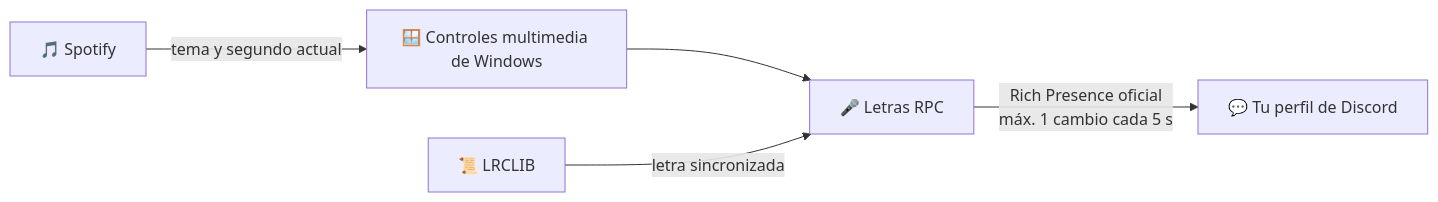
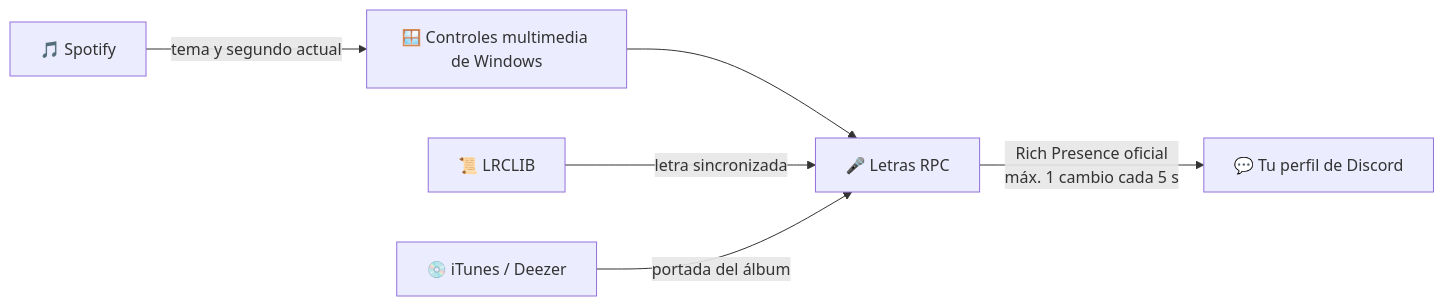
Before and after one commit to tomasamrein/letras-rpc: the diagram in README.md, drawn with Mermaid. The commit also changed other lines of this file and 2 other files, not shown here.

First line of the commit message:
Mostrar portada del álbum y barra de progreso en Discord

````diff
--- a/README.md
+++ b/README.md
@@ -87,7 +89,8 @@
 ```mermaid
 flowchart LR
     A[🎵 Spotify] -->|tema y segundo actual| B[🪟 Controles multimedia de Windows]
     B --> C[🎤 Letras RPC]
     D[📜 LRCLIB] -->|letra sincronizada| C
+    F[💿 iTunes / Deezer] -->|portada del álbum| C
     C -->|Rich Presence oficial<br/>máx. 1 cambio cada 5 s| E[💬 Tu perfil de Discord]
 ```
````
